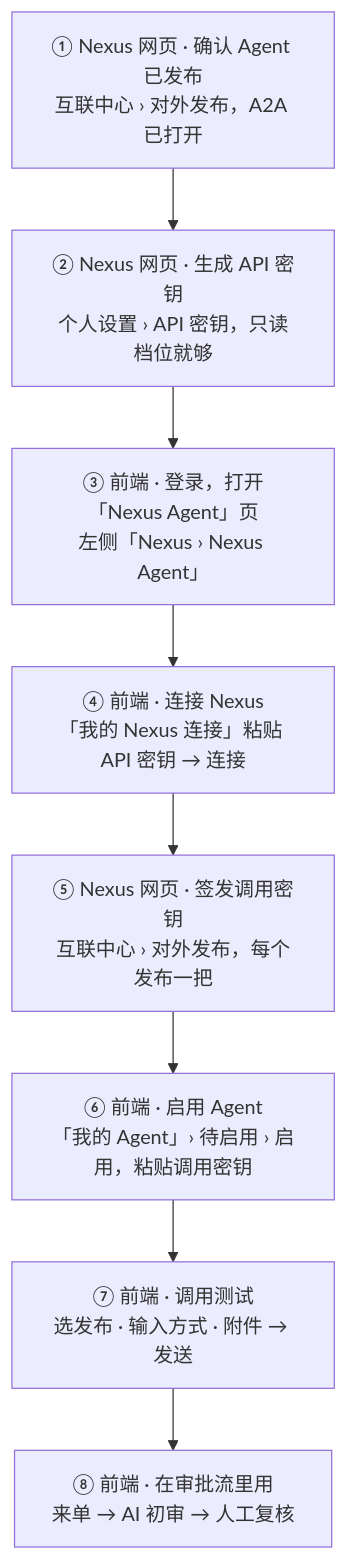
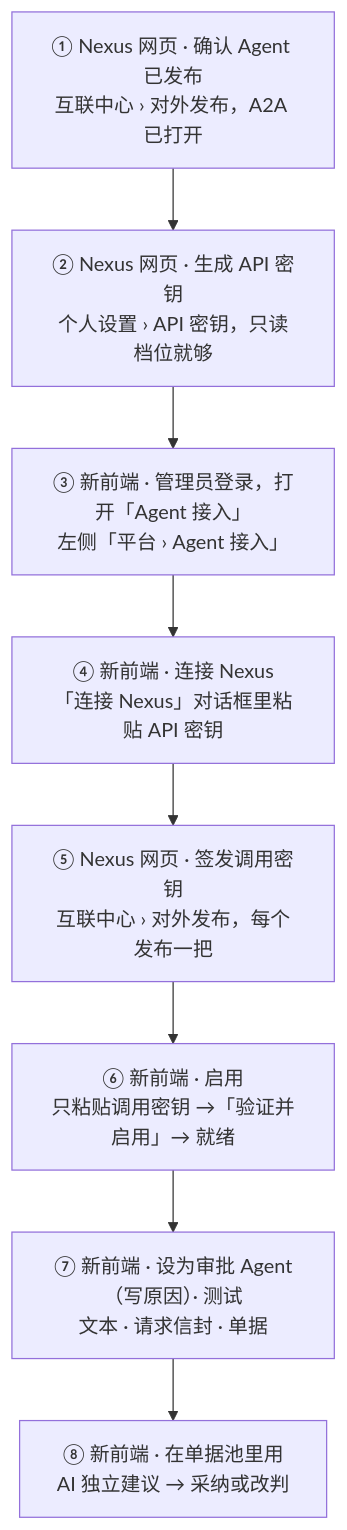
One commit to LiboMa/nexus-jiuan-agent-framework-poc changed the diagram in docs/assets/diagrams/quick-guide-flow.mmd. Above: the diagram before and after it, drawn with Mermaid. The commit also changed 92 other files, not shown here.

```diff
--- a/docs/assets/diagrams/quick-guide-flow.mmd
+++ b/docs/assets/diagrams/quick-guide-flow.mmd
@@ -1,13 +1,13 @@
 flowchart TB
   s1["① Nexus 网页 · 确认 Agent 已发布<br/>互联中心 › 对外发布，A2A 已打开"]
   s2["② Nexus 网页 · 生成 API 密钥<br/>个人设置 › API 密钥，只读档位就够"]
-  s3["③ 前端 · 登录，打开「Nexus Agent」页<br/>左侧「Nexus › Nexus Agent」"]
-  s4["④ 前端 · 连接 Nexus<br/>「我的 Nexus 连接」粘贴 API 密钥 → 连接"]
+  s3["③ 新前端 · 管理员登录，打开「Agent 接入」<br/>左侧「平台 › Agent 接入」"]
+  s4["④ 新前端 · 连接 Nexus<br/>「连接 Nexus」对话框里粘贴 API 密钥"]
   s5["⑤ Nexus 网页 · 签发调用密钥<br/>互联中心 › 对外发布，每个发布一把"]
-  s6["⑥ 前端 · 启用 Agent<br/>「我的 Agent」› 待启用 › 启用，粘贴调用密钥"]
-  s7["⑦ 前端 · 调用测试<br/>选发布 · 输入方式 · 附件 → 发送"]
-  s8["⑧ 前端 · 在审批流里用<br/>来单 → AI 初审 → 人工复核"]
+  s6["⑥ 新前端 · 启用<br/>只粘贴调用密钥 →「验证并启用」→ 就绪"]
+  s7["⑦ 新前端 · 设为审批 Agent（写原因）· 测试<br/>文本 · 请求信封 · 单据"]
+  s8["⑧ 新前端 · 在单据池里用<br/>AI 独立建议 → 采纳或改判"]
   s1 --> s2 --> s3 --> s4 --> s5 --> s6 --> s7 --> s8
   class s1,s2,s5 warn
   class s3,s4,s6,s7 poc
   class s8 good
```
